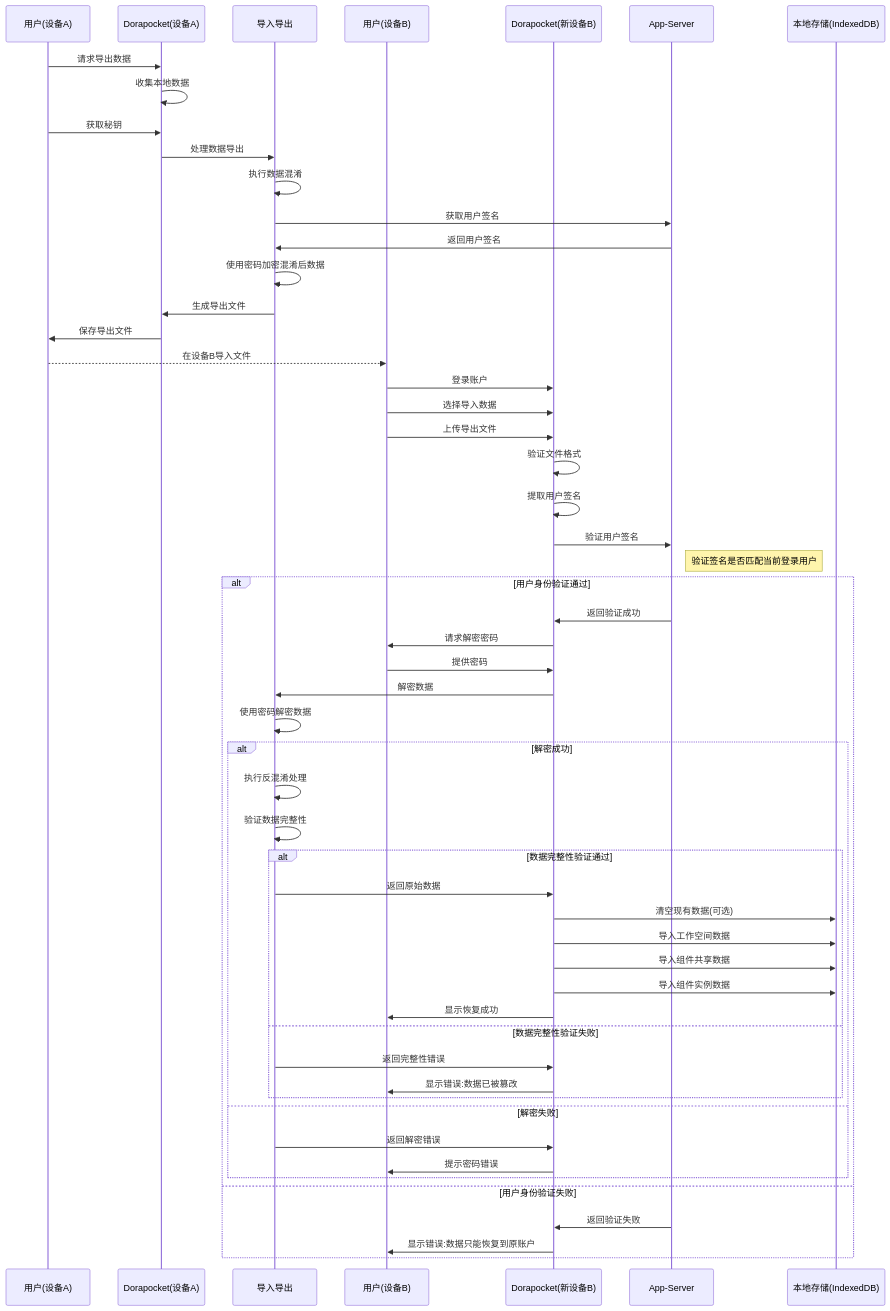
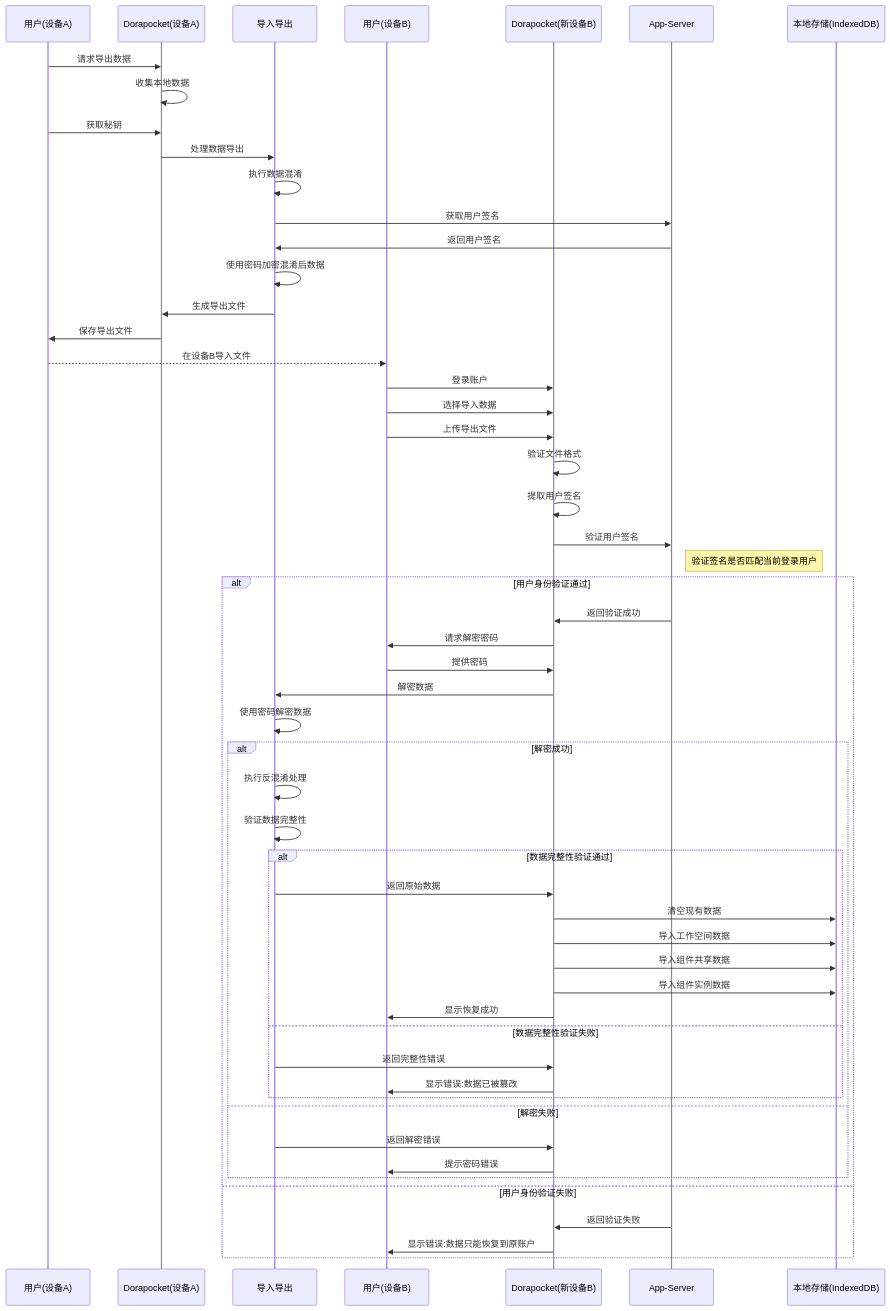
Before and after one commit to yingjianzh/iodraw-files: the diagram in all/未命名-34.md, drawn with Mermaid.

Commit message:
2025-04-17 16:58:07 update

````diff
--- a/all/未命名-34.md
+++ b/all/未命名-34.md
@@ -1,69 +1,69 @@
 ```mermaid
 sequenceDiagram
     participant UserOld as 用户(设备A)
     participant AppOld as Dorapocket(设备A)
     participant Security as 导入导出
     participant UserNew as 用户(设备B)
     participant AppNew as Dorapocket(新设备B)
     participant AppServer as App-Server
     participant LocalDB as 本地存储(IndexedDB)
     
     %% 导出流程
     UserOld->>AppOld: 请求导出数据
     AppOld->>AppOld: 收集本地数据
     UserOld->>AppOld: 获取秘钥
     
     AppOld->>Security: 处理数据导出
     Security->>Security: 执行数据混淆
     Security->>AppServer: 获取用户签名
     AppServer->>Security: 返回用户签名
     Security->>Security: 使用密码加密混淆后数据
     Security->>AppOld: 生成导出文件
     AppOld->>UserOld: 保存导出文件
     
     %% 传输文件(由用户完成)
     UserOld-->>UserNew: 在设备B导入文件
     
     %% 恢复流程
     UserNew->>AppNew: 登录账户
     UserNew->>AppNew: 选择导入数据
     UserNew->>AppNew: 上传导出文件
     
     AppNew->>AppNew: 验证文件格式
     AppNew->>AppNew: 提取用户签名
     
     AppNew->>AppServer: 验证用户签名
     note right of AppServer: 验证签名是否匹配当前登录用户
     
     alt 用户身份验证通过
         AppServer->>AppNew: 返回验证成功
         AppNew->>UserNew: 请求解密密码
         UserNew->>AppNew: 提供密码
         
         AppNew->>Security: 解密数据
         Security->>Security: 使用密码解密数据
         
         alt 解密成功
             Security->>Security: 执行反混淆处理
             Security->>Security: 验证数据完整性
             
             alt 数据完整性验证通过
                 Security->>AppNew: 返回原始数据
-                AppNew->>LocalDB: 清空现有数据(可选)
+                AppNew->>LocalDB: 清空现有数据
                 AppNew->>LocalDB: 导入工作空间数据
                 AppNew->>LocalDB: 导入组件共享数据
                 AppNew->>LocalDB: 导入组件实例数据
                 AppNew->>UserNew: 显示恢复成功
             else 数据完整性验证失败
                 Security->>AppNew: 返回完整性错误
                 AppNew->>UserNew: 显示错误:数据已被篡改
             end
         else 解密失败
             Security->>AppNew: 返回解密错误
             AppNew->>UserNew: 提示密码错误
         end
     else 用户身份验证失败
         AppServer->>AppNew: 返回验证失败
         AppNew->>UserNew: 显示错误:数据只能恢复到原账户
     end
 ```
````
